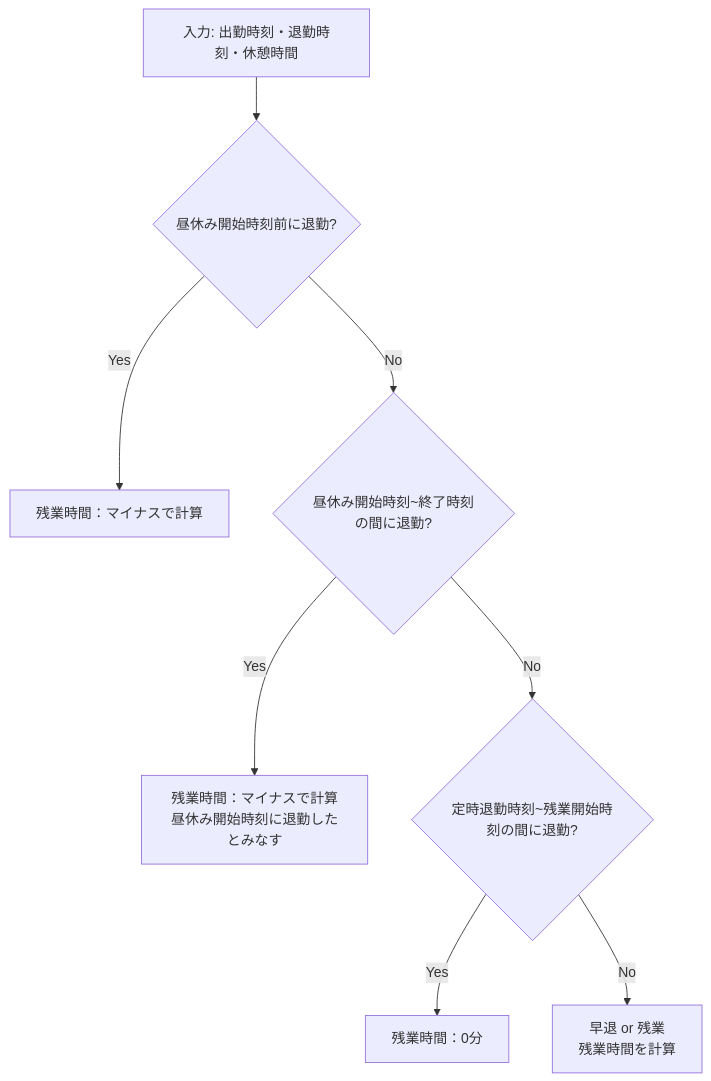
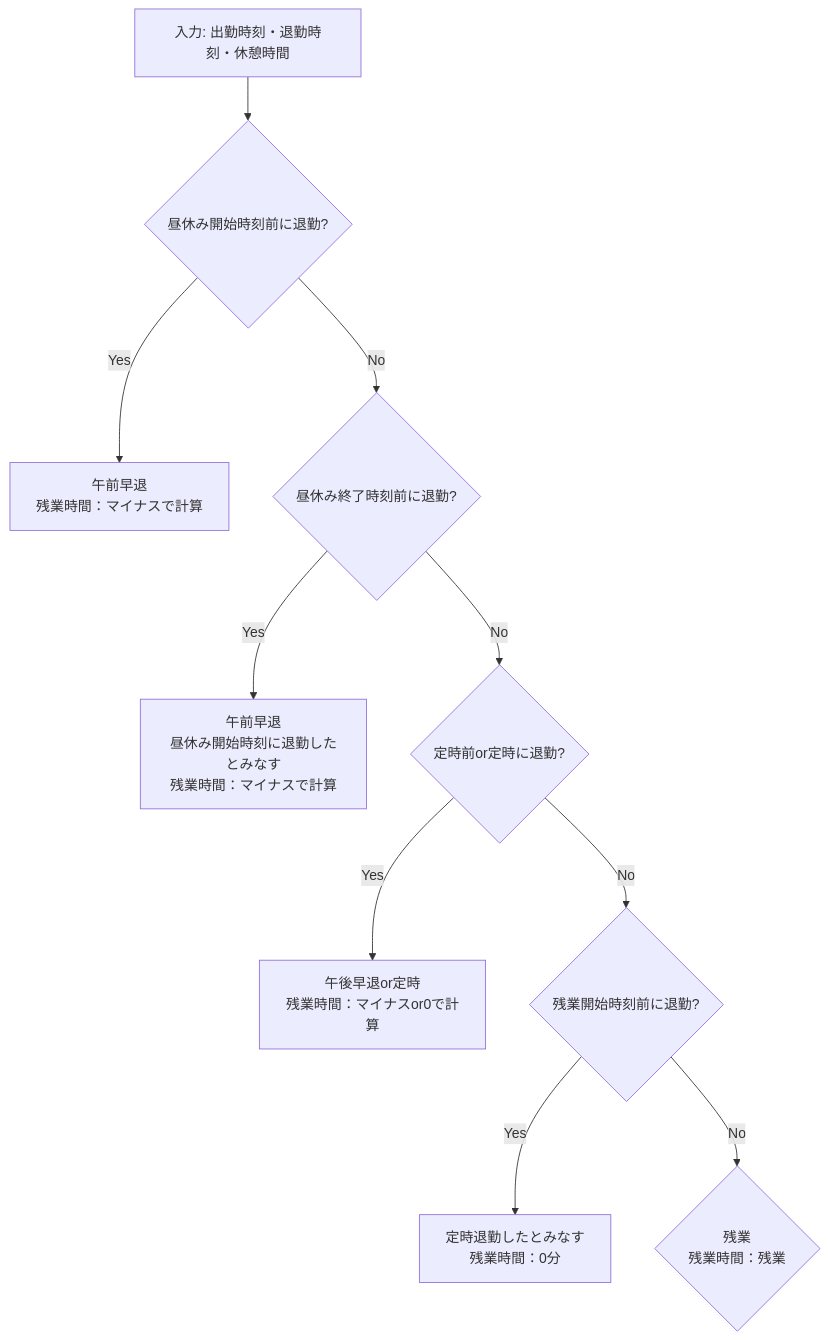
One commit to tkura37/WorkingHoursCalculator changed the second of 2 diagrams in README.md. Above: the diagram before and after it, drawn with Mermaid. The commit also changed other lines of this file and 1 other file, not shown here.

Commit message:
20250109 Issues#1(時刻比較をモジュール化する) 対応完了

````diff
--- a/README.md
+++ b/README.md
@@ -53,10 +57,12 @@
 ```mermaid
 flowchart TD
    A[入力: 出勤時刻・退勤時刻・休憩時間] --> B{昼休み開始時刻前に退勤?}
-   B --> |Yes|C[残業時間：マイナスで計算]
-   B --> |No|D{昼休み開始時刻~終了時刻の間に退勤?}
-   D --> |Yes|E[残業時間：マイナスで計算<br>昼休み開始時刻に退勤したとみなす]
-   D --> |No|F{定時退勤時刻~残業開始時刻の間に退勤?}
-   F --> |Yes|G[残業時間：0分]
-   F --> |No|H[早退 or 残業<br>残業時間を計算]
+   B --> |Yes|C[午前早退<br>残業時間：マイナスで計算]
+   B --> |No|D{昼休み終了時刻前に退勤?}   
+   D --> |Yes|E[午前早退<br>昼休み開始時刻に退勤したとみなす<br>残業時間：マイナスで計算]
+   D --> |No|F{定時前or定時に退勤?}
+   F --> |Yes|G[午後早退or定時<br>残業時間：マイナスor0で計算]
+   F --> |No|H{残業開始時刻前に退勤?}
+   H --> |Yes|I[定時退勤したとみなす<br>残業時間：0分]
+   H --> |No|J{残業<br>残業時間：残業}
 ```
````
